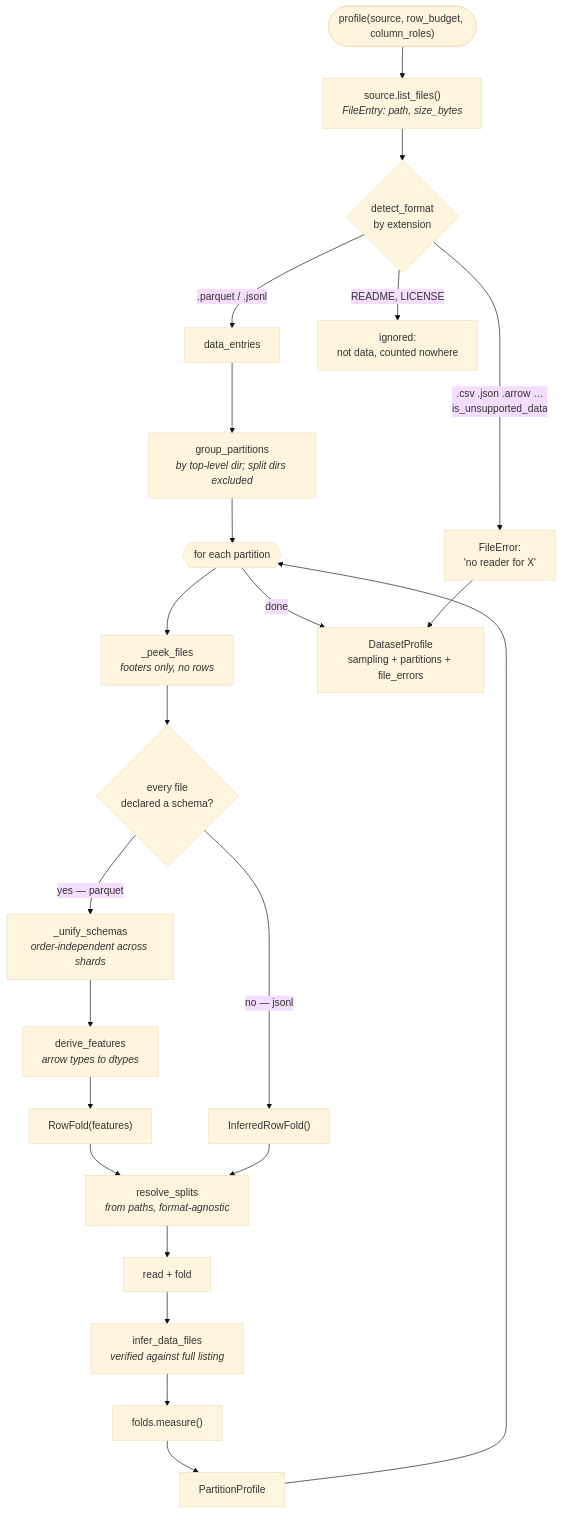
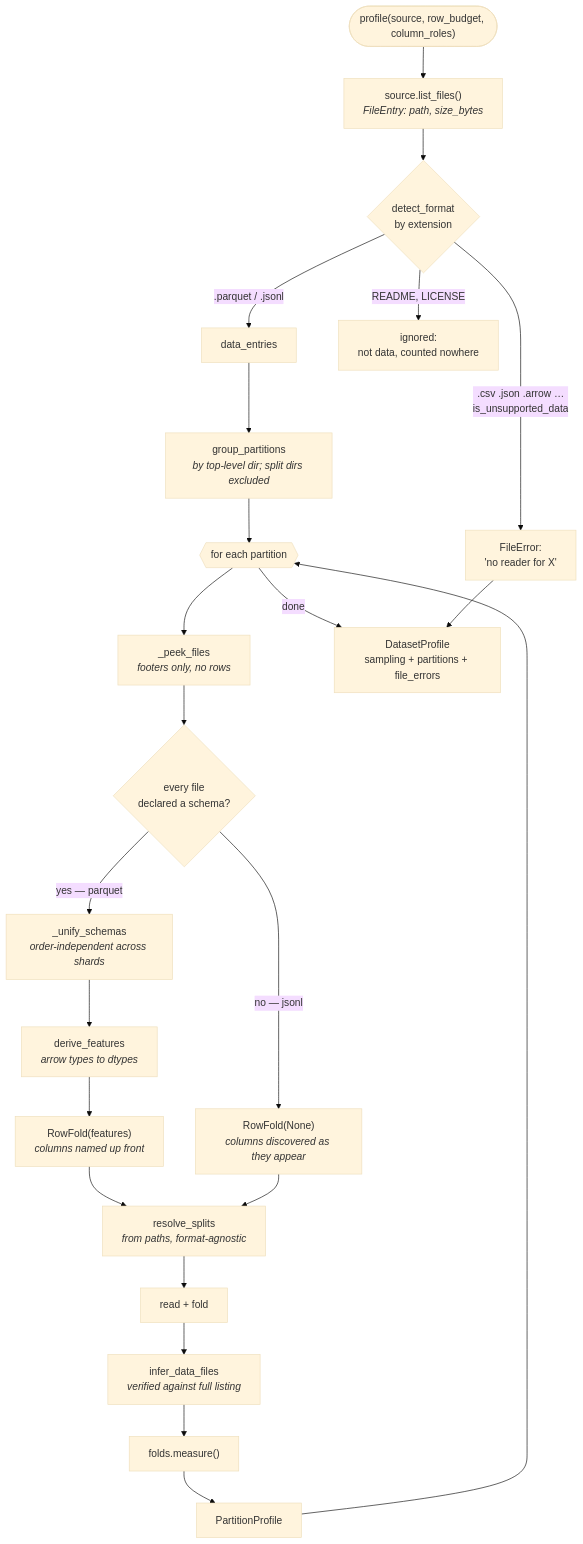
Before and after one commit to NVIDIA-NeMo/nemo-platform: the first of 3 diagrams in plugins/nemo-datasets/README.md, drawn with Mermaid (base theme). The commit also changed other lines of this file and 3 other files, not shown here.

````diff
--- a/plugins/nemo-datasets/README.md
+++ b/plugins/nemo-datasets/README.md
@@ -250,30 +254,30 @@
 ```mermaid
 flowchart TD
     START(["profile(source, row_budget, column_roles)"]) --> LIST["source.list_files()<br/><i>FileEntry: path, size_bytes</i>"]
     LIST --> DET{"detect_format<br/>by extension"}
 
     DET -->|".parquet / .jsonl"| DATA["data_entries"]
     DET -->|".csv .json .arrow …<br/>is_unsupported_data"| UNSUP["FileError:<br/>'no reader for X'"]
     DET -->|"README, LICENSE"| IGNORE["ignored:<br/>not data, counted nowhere"]
 
     DATA --> GRP["group_partitions<br/><i>by top-level dir; split dirs excluded</i>"]
     GRP --> LOOP{{"for each partition"}}
     LOOP --> PEEK["_peek_files<br/><i>footers only, no rows</i>"]
     PEEK --> BRANCH{"every file<br/>declared a schema?"}
 
     BRANCH -->|"yes — parquet"| UNI["_unify_schemas<br/><i>order-independent across shards</i>"]
     UNI --> DERIVE["derive_features<br/><i>arrow types to dtypes</i>"]
-    DERIVE --> CF["RowFold(features)"]
-    BRANCH -->|"no — jsonl"| ICF["InferredRowFold()"]
+    DERIVE --> CF["RowFold(features)<br/><i>columns named up front</i>"]
+    BRANCH -->|"no — jsonl"| ICF["RowFold(None)<br/><i>columns discovered as they appear</i>"]
 
     CF --> SPLITS
     ICF --> SPLITS["resolve_splits<br/><i>from paths, format-agnostic</i>"]
     SPLITS --> READ["read + fold"]
     READ --> GLOB["infer_data_files<br/><i>verified against full listing</i>"]
     GLOB --> MEASURE["folds.measure()"]
     MEASURE --> PP["PartitionProfile"]
 
     PP --> LOOP
     LOOP -->|"done"| ASM["DatasetProfile<br/>sampling + partitions + file_errors"]
     UNSUP --> ASM
 ```
````
